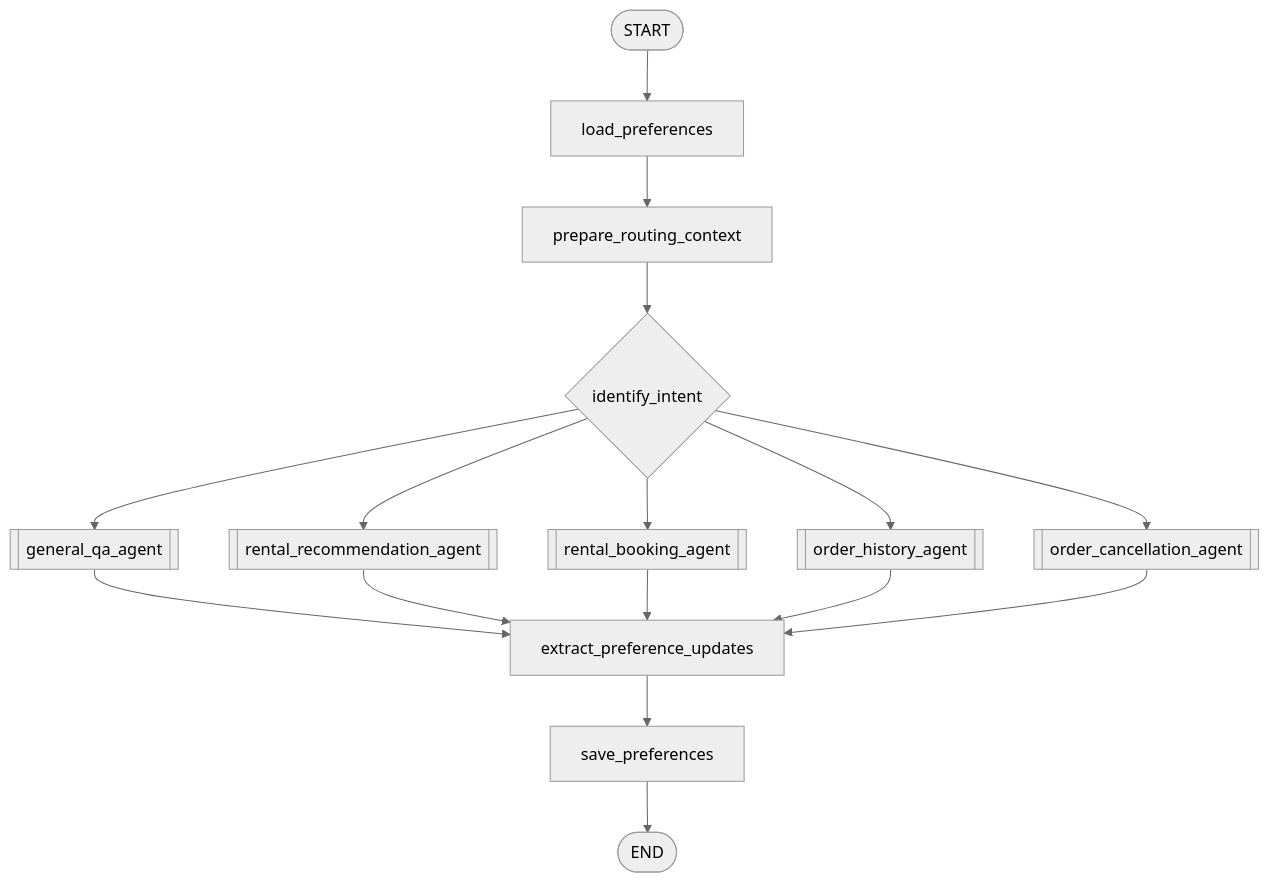
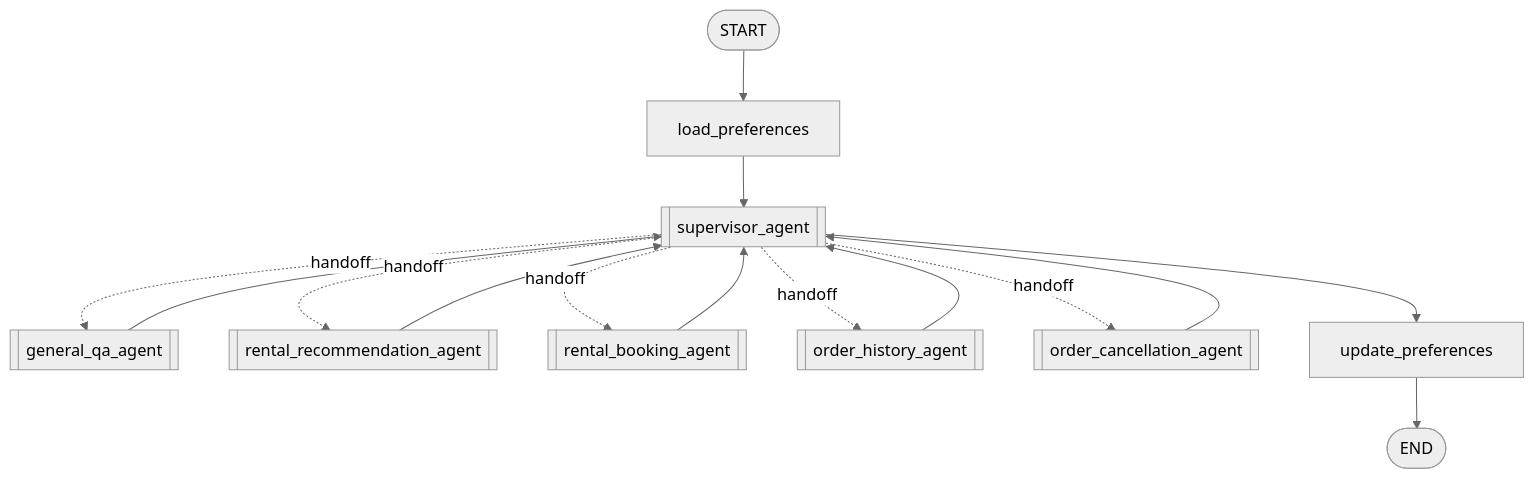
The diagram in README.md (txlk62477/langgraph-multi-agent-customer-service), drawn with Mermaid (neutral theme) before and after one commit. The commit also changed other lines of this file and 79 other files, not shown here.

````diff
--- a/README.md
+++ b/README.md
@@ -10,14 +11,13 @@
 ```mermaid
 flowchart TD
     START([START]) --> PREF[load_preferences]
-    PREF --> CONTEXT[prepare_routing_context]
-    CONTEXT --> ROUTER{identify_intent}
-    ROUTER --> QA[[general_qa_agent]]
-    ROUTER --> REC[[rental_recommendation_agent]]
-    ROUTER --> BOOK[[rental_booking_agent]]
-    ROUTER --> HISTORY[[order_history_agent]]
-    ROUTER --> CANCEL[[order_cancellation_agent]]
-    QA & REC & BOOK & HISTORY & CANCEL --> EXTRACT[extract_preference_updates]
-    EXTRACT --> SAVE[save_preferences]
-    SAVE --> END([END])
+    PREF --> SUP[[supervisor_agent]]
+    SUP -. handoff .-> QA[[general_qa_agent]]
+    SUP -. handoff .-> REC[[rental_recommendation_agent]]
+    SUP -. handoff .-> BOOK[[rental_booking_agent]]
+    SUP -. handoff .-> HISTORY[[order_history_agent]]
+    SUP -. handoff .-> CANCEL[[order_cancellation_agent]]
+    QA & REC & BOOK & HISTORY & CANCEL --> SUP
+    SUP --> UPDATE[update_preferences]
+    UPDATE --> END([END])
 ```
````
